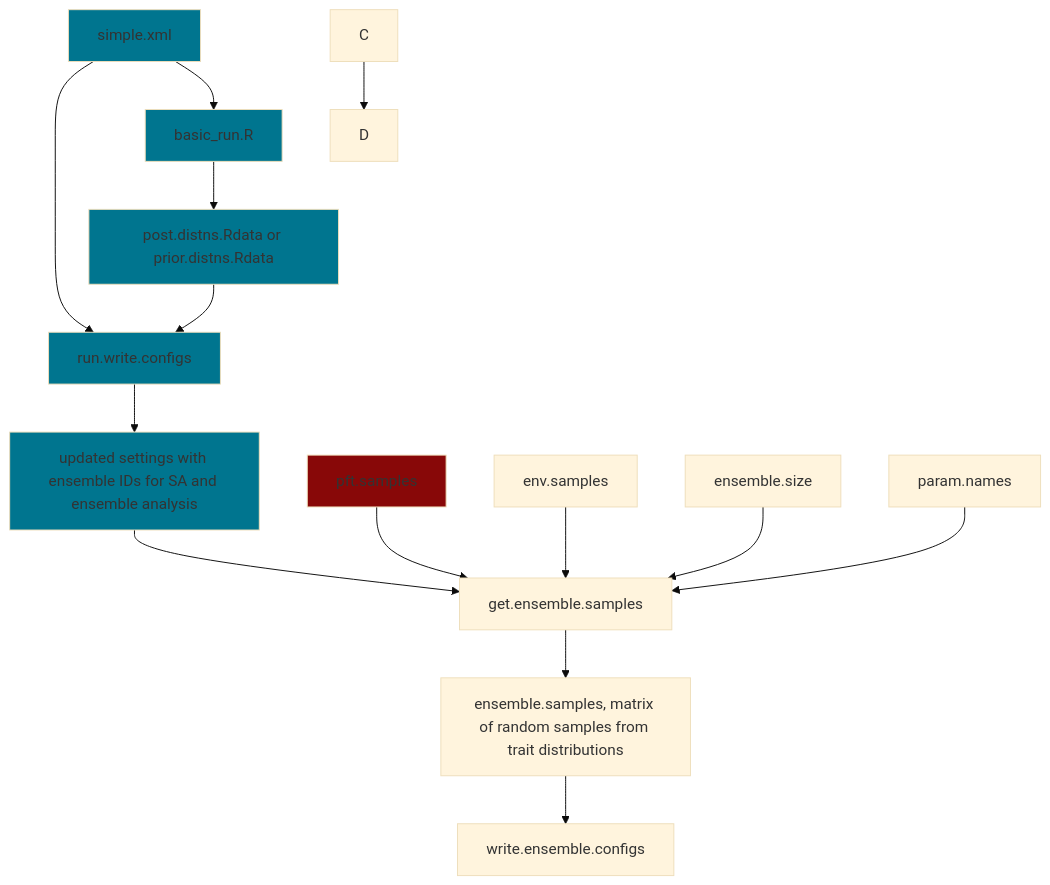
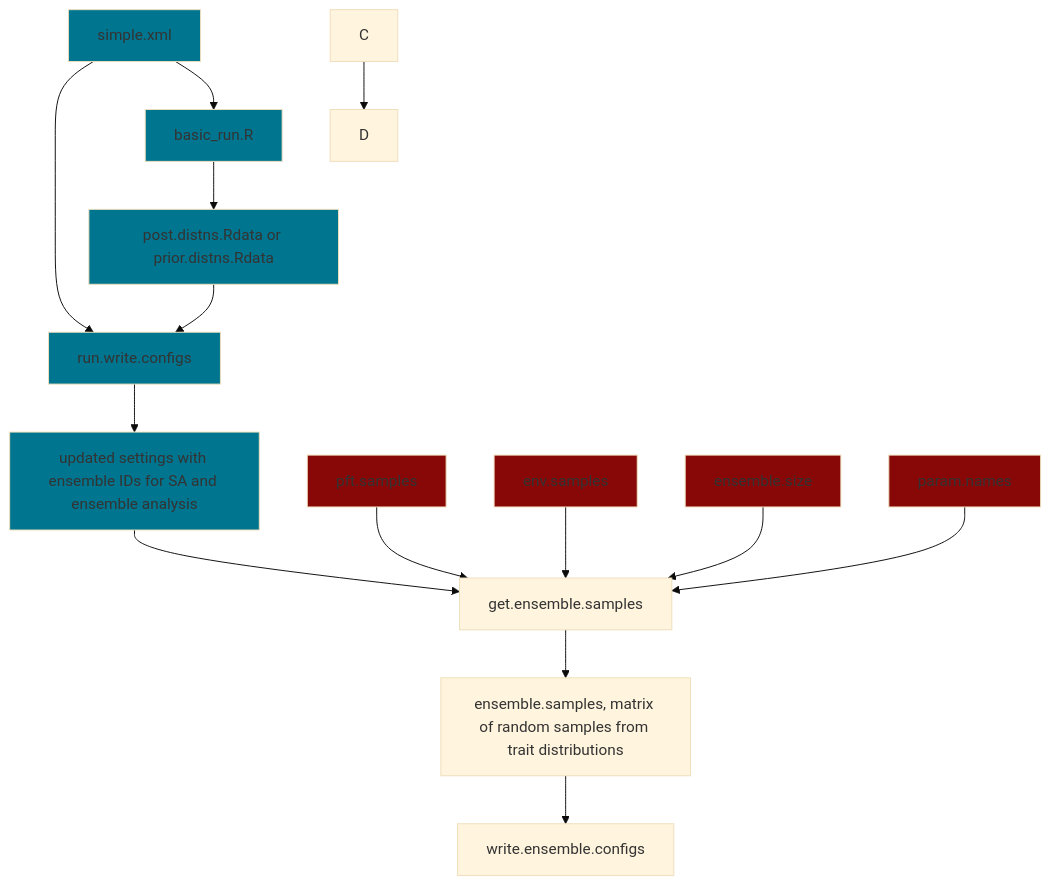
Before and after one commit to ecamo19/gsoc_project_2022_vm: the diagram in README.md, drawn with Mermaid (base theme).

````diff
--- a/README.md
+++ b/README.md
@@ -50,25 +50,28 @@
 ```mermaid
   graph TD;
       simple.xml-->run.write.configs;
       simple.xml-->basic_run.R;
       basic_run.R-->posterior.files[post.distns.Rdata or prior.distns.Rdata];
       posterior.files[post.distns.Rdata or prior.distns.Rdata]-->run.write.configs;
       run.write.configs-->output_1[updated settings with ensemble IDs for SA and ensemble analysis ];
       output_1[updated settings with ensemble IDs for SA and ensemble analysis]-->get.ensemble.samples;
       input_get_ensemble_1[pft.samples]-->get.ensemble.samples;
       input_get_ensemble_2[env.samples]-->get.ensemble.samples;
       input_get_ensemble_3[ensemble.size]-->get.ensemble.samples;
       input_get_ensemble_4[param.names]-->get.ensemble.samples;
       get.ensemble.samples--> output_get_ensemble[ensemble.samples, matrix of random samples from trait distributions];
       output_get_ensemble[ensemble.samples, matrix of random samples from trait distributions]-->write.ensemble.configs;
       C-->D;
       
       style basic_run.R fill:#00758f
       style output_1 fill:#00758f
       style run.write.configs fill:#00758f
       style simple.xml fill:#00758f
       style posterior.files fill:#00758f
       style input_get_ensemble_1 fill:#880808
+      style input_get_ensemble_2 fill:#880808
+      style input_get_ensemble_3 fill:#880808
+      style input_get_ensemble_4 fill:#880808
             
       
 ```
````
